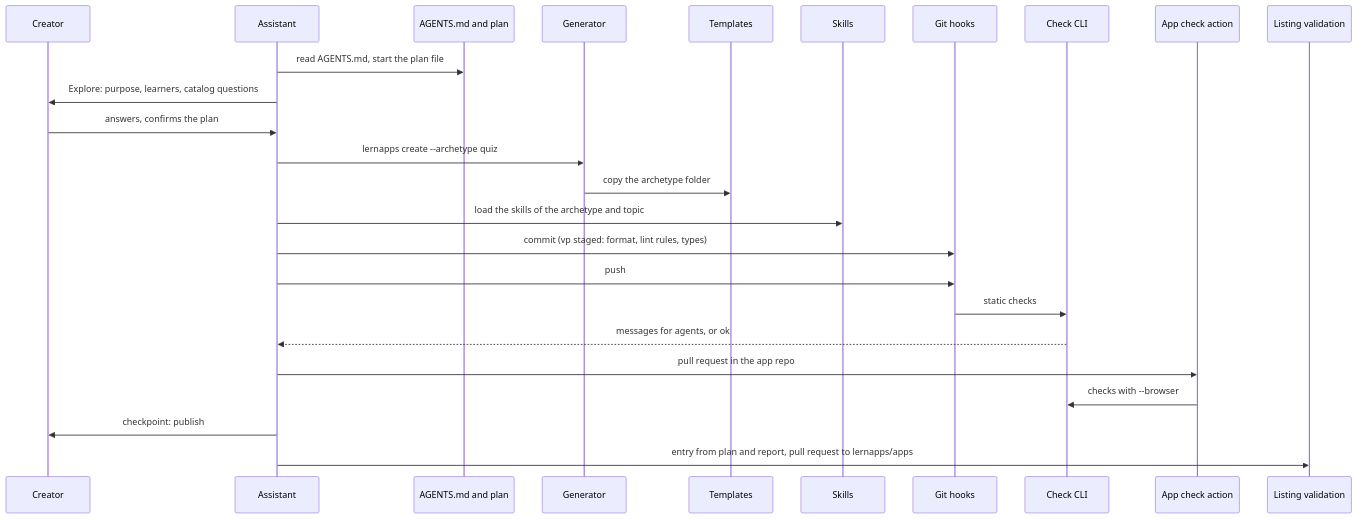
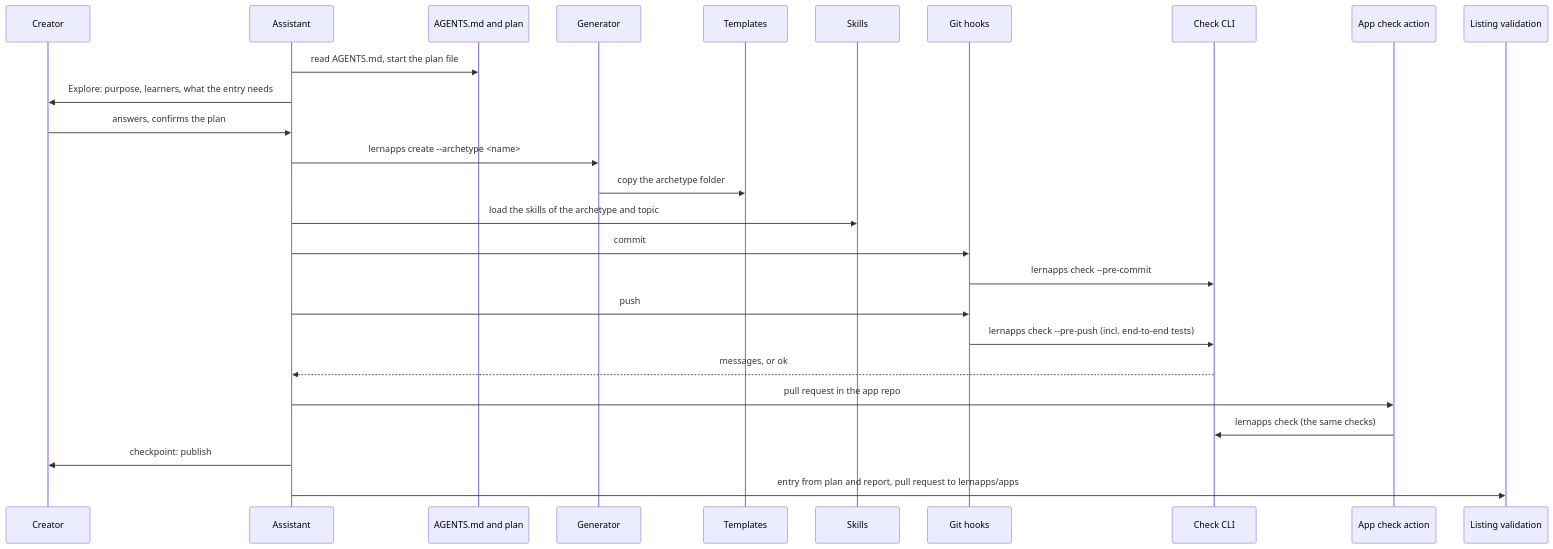
One commit to lernapps/tooling changed the first of 4 diagrams in docs/arc42/06-runtime-view.arc42.md. Above: the diagram before and after it, drawn with Mermaid. The commit also changed other lines of this file and 13 other files, not shown here.

````diff
--- a/docs/arc42/06-runtime-view.arc42.md
+++ b/docs/arc42/06-runtime-view.arc42.md
@@ -30,27 +31,28 @@
 ```mermaid
 sequenceDiagram
     participant creator as Creator
     participant assistant as Assistant
     participant guidance as AGENTS.md and plan
     participant generator as Generator
     participant templates as Templates
     participant skills as Skills
     participant hooks as Git hooks
     participant check as Check CLI
     participant ci as App check action
     participant listing as Listing validation
     assistant->>guidance: read AGENTS.md, start the plan file
-    assistant->>creator: Explore: purpose, learners, catalog questions
+    assistant->>creator: Explore: purpose, learners, what the entry needs
     creator->>assistant: answers, confirms the plan
-    assistant->>generator: lernapps create --archetype quiz
+    assistant->>generator: lernapps create --archetype <name>
     generator->>templates: copy the archetype folder
     assistant->>skills: load the skills of the archetype and topic
-    assistant->>hooks: commit (vp staged: format, lint rules, types)
+    assistant->>hooks: commit
+    hooks->>check: lernapps check --pre-commit
     assistant->>hooks: push
-    hooks->>check: static checks
-    check-->>assistant: messages for agents, or ok
+    hooks->>check: lernapps check --pre-push (incl. end-to-end tests)
+    check-->>assistant: messages, or ok
     assistant->>ci: pull request in the app repo
-    ci->>check: checks with --browser
+    ci->>check: lernapps check (the same checks)
     assistant->>creator: checkpoint: publish
     assistant->>listing: entry from plan and report, pull request to lernapps/apps
 ```
````
